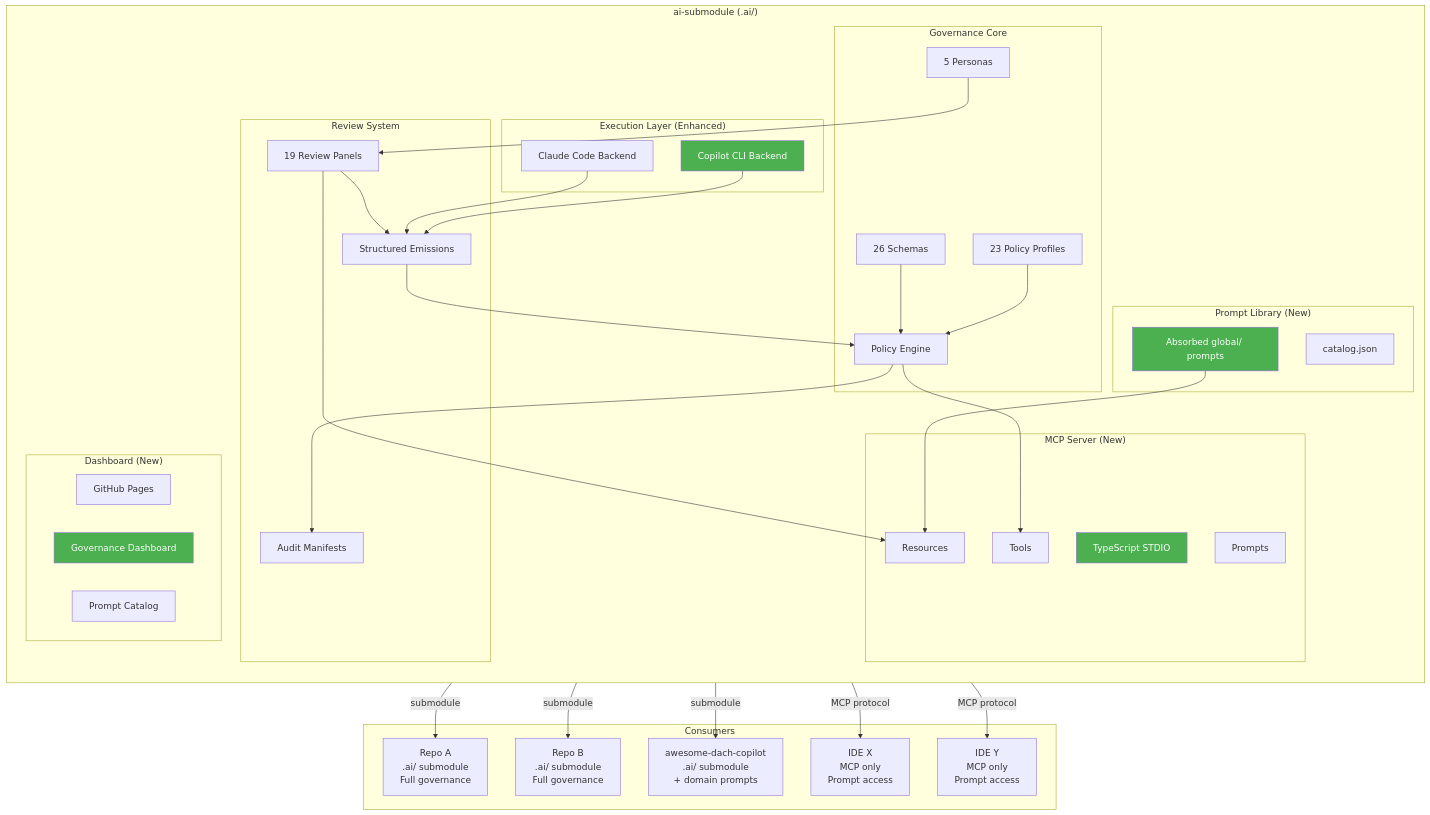
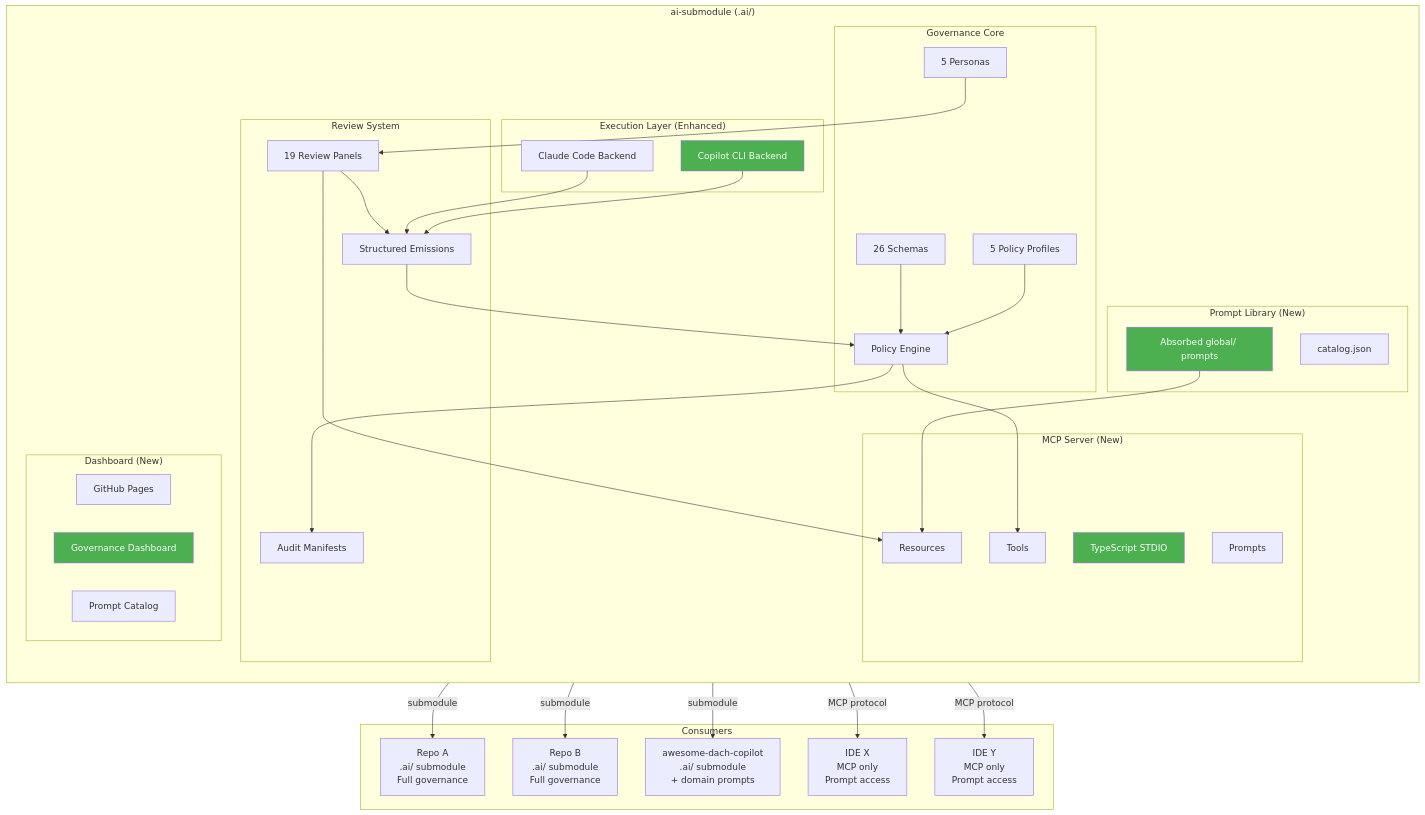
One commit to convergent-systems-co/dark-factory-governance changed diagram 11 of 11 in .governance/plans/424-mcp-server-integration-report.md. Above: the diagram before and after it, drawn with Mermaid. The commit also changed other lines of this file and 18 other files, not shown here.

````diff
--- a/.governance/plans/424-mcp-server-integration-report.md
+++ b/.governance/plans/424-mcp-server-integration-report.md
@@ -461,71 +461,71 @@
 ```mermaid
 graph TB
     subgraph "ai-submodule (.ai/)"
         direction TB
 
         subgraph "Governance Core"
             ENGINE["Policy Engine"]
             SCHEMAS["26 Schemas"]
-            POLICY["23 Policy Profiles"]
+            POLICY["5 Policy Profiles"]
             PERSONAS["5 Personas"]
         end
 
         subgraph "Review System"
             PANELS["19 Review Panels"]
             EMISSIONS["Structured Emissions"]
             MANIFESTS["Audit Manifests"]
         end
 
         subgraph "Prompt Library (New)"
             LIBRARY["Absorbed global/ prompts"]
             CATALOG["catalog.json"]
         end
 
         subgraph "MCP Server (New)"
             MCP["TypeScript STDIO"]
             MCP_RES["Resources"]
             MCP_TOOLS["Tools"]
             MCP_PROMPTS["Prompts"]
         end
 
         subgraph "Execution Layer (Enhanced)"
             CLAUDE_BE["Claude Code Backend"]
             COPILOT_BE["Copilot CLI Backend"]
         end
 
         subgraph "Dashboard (New)"
             PAGES["GitHub Pages"]
             DASH["Governance Dashboard"]
             CAT["Prompt Catalog"]
         end
 
         PANELS --> EMISSIONS --> ENGINE
         SCHEMAS --> ENGINE
         POLICY --> ENGINE
         ENGINE --> MANIFESTS
         PERSONAS --> PANELS
 
         LIBRARY --> MCP_RES
         PANELS --> MCP_RES
         ENGINE --> MCP_TOOLS
 
         CLAUDE_BE --> EMISSIONS
         COPILOT_BE --> EMISSIONS
     end
 
     subgraph "Consumers"
         REPO_A["Repo A<br/>.ai/ submodule<br/>Full governance"]
         REPO_B["Repo B<br/>.ai/ submodule<br/>Full governance"]
         ADC["awesome-dach-copilot<br/>.ai/ submodule<br/>+ domain prompts"]
         IDE_X["IDE X<br/>MCP only<br/>Prompt access"]
         IDE_Y["IDE Y<br/>MCP only<br/>Prompt access"]
     end
 
     ENGINE -->|"submodule"| REPO_A & REPO_B & ADC
     MCP -->|"MCP protocol"| IDE_X & IDE_Y
 
     style MCP fill:#4CAF50,color:#fff
     style LIBRARY fill:#4CAF50,color:#fff
     style DASH fill:#4CAF50,color:#fff
     style COPILOT_BE fill:#4CAF50,color:#fff
 ```
````
